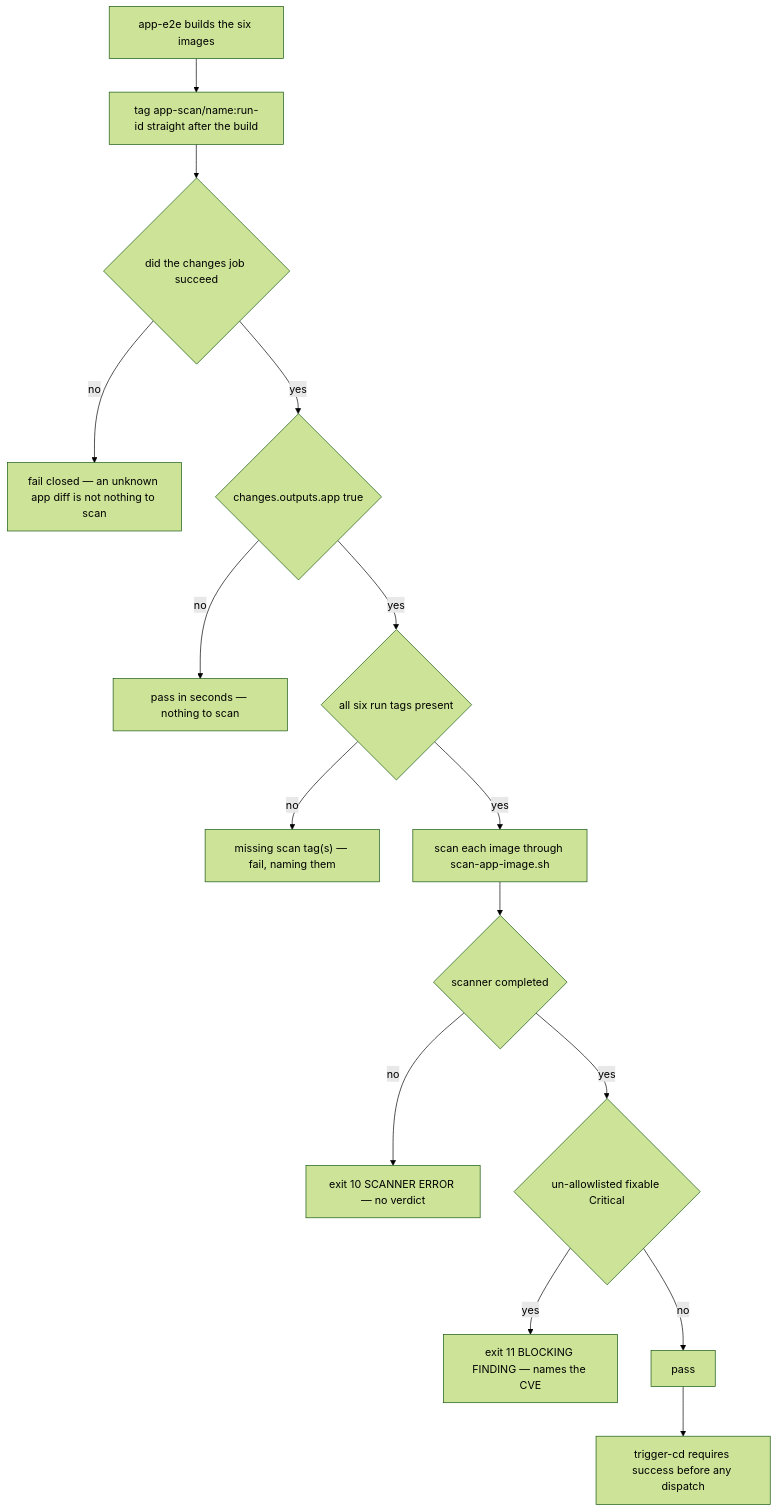
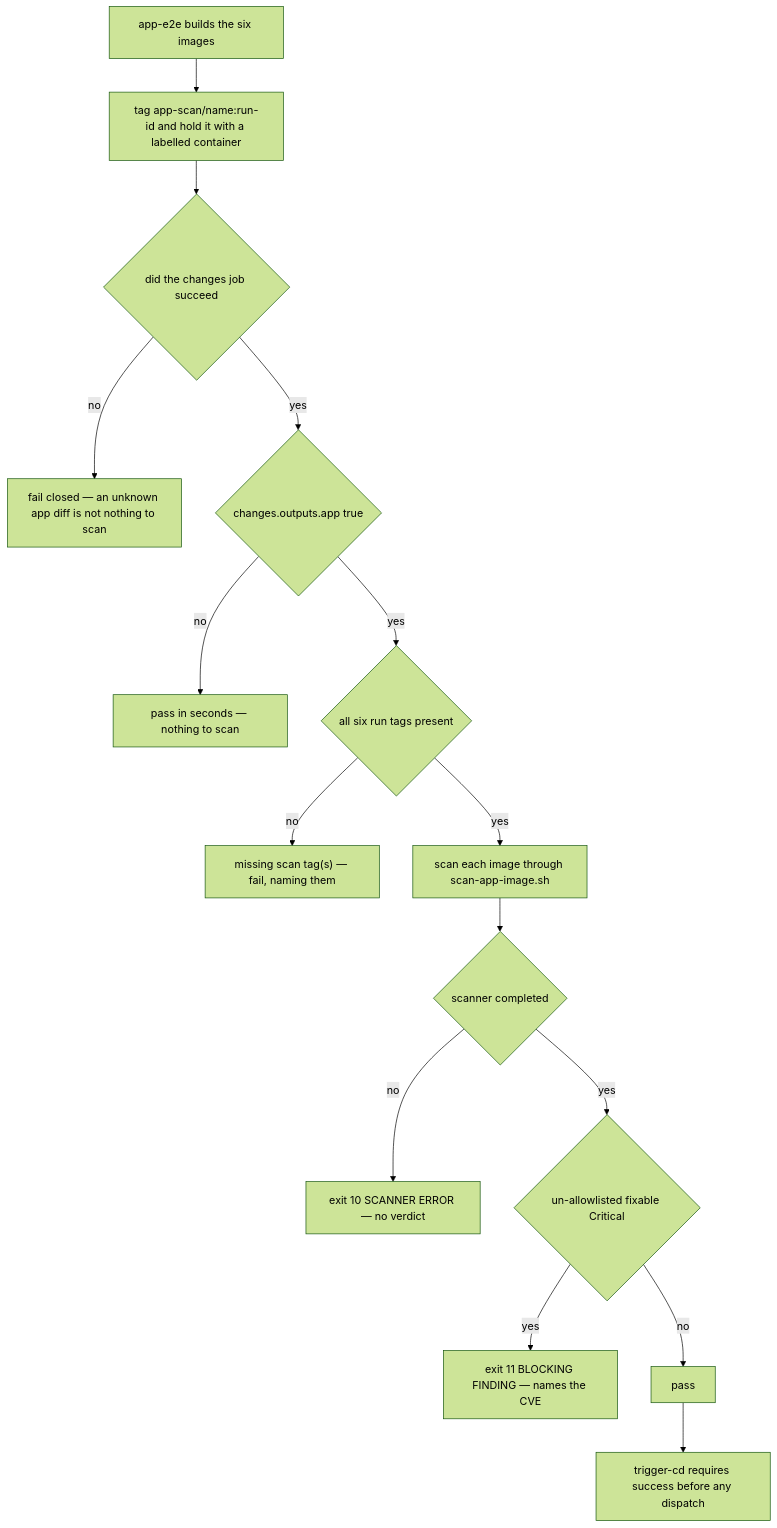
Before and after one commit to jumbleknot/MovieCollectionManager: the third of 4 diagrams in openwiki/runbooks/ci-diagnostics.md, drawn with Mermaid (forest theme). The commit also changed other lines of this file and 39 other files, not shown here.

````diff
--- a/openwiki/runbooks/ci-diagnostics.md
+++ b/openwiki/runbooks/ci-diagnostics.md
@@ -239,17 +242,17 @@
   ```mermaid
   flowchart TD
-    A["app-e2e builds the six images"] --> B["tag app-scan/name:run-id straight after the build"]
+    A["app-e2e builds the six images"] --> B["tag app-scan/name:run-id and hold it with a labelled container"]
     B --> C{"did the changes job succeed"}
     C -->|"no"| FAIL["fail closed — an unknown app diff is not nothing to scan"]
     C -->|"yes"| D{"changes.outputs.app true"}
     D -->|"no"| P["pass in seconds — nothing to scan"]
     D -->|"yes"| E{"all six run tags present"}
     E -->|"no"| M["missing scan tag(s) — fail, naming them"]
     E -->|"yes"| F["scan each image through scan-app-image.sh"]
     F --> G{"scanner completed"}
     G -->|"no"| SCANERR["exit 10 SCANNER ERROR — no verdict"]
     G -->|"yes"| H{"un-allowlisted fixable Critical"}
     H -->|"yes"| BLOCKED["exit 11 BLOCKING FINDING — names the CVE"]
     H -->|"no"| I["pass"]
     I --> T["trigger-cd requires success before any dispatch"]
   ```
````
